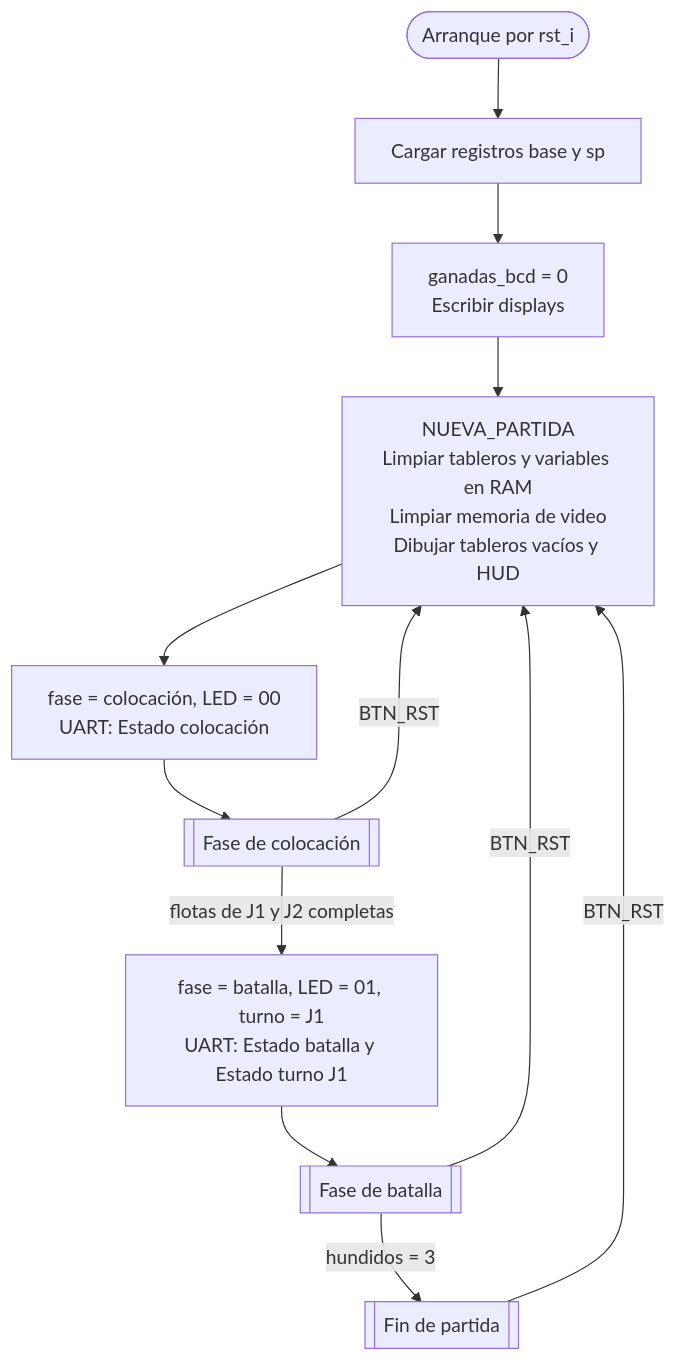
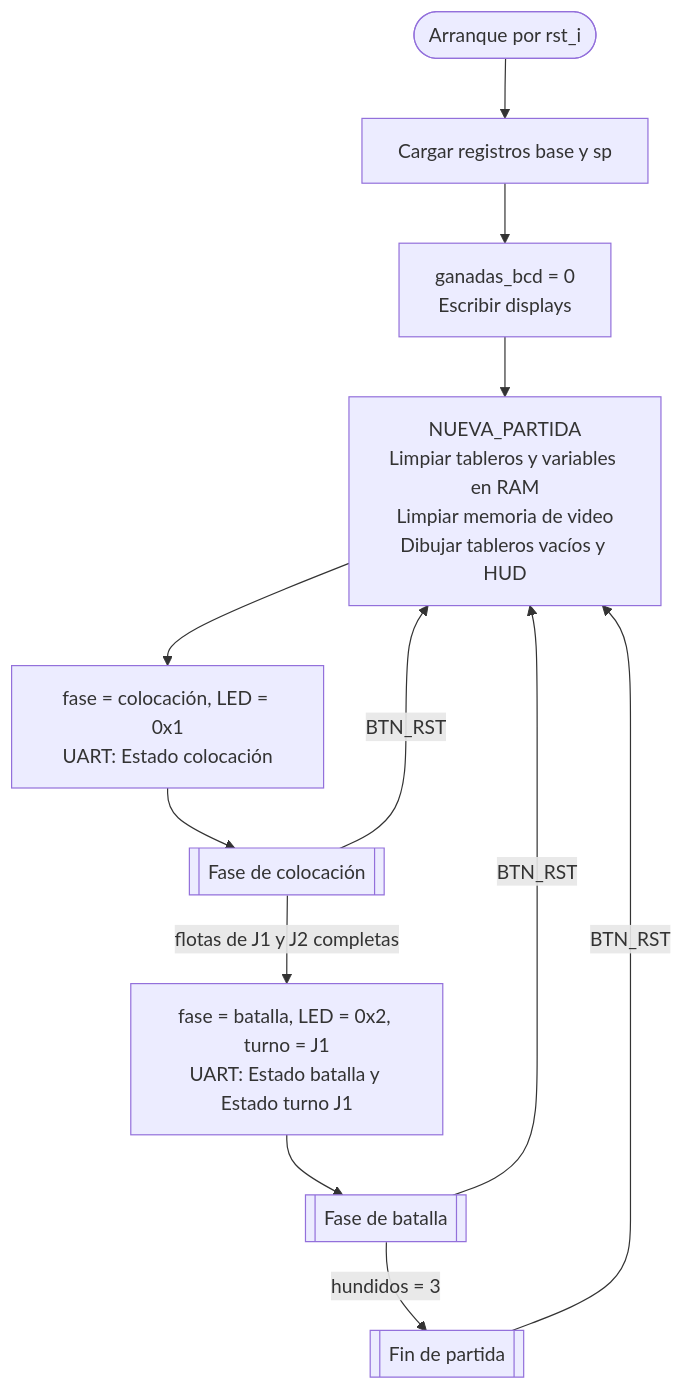
The second of 5 diagrams in docs/diseño/diagramas/nivel03.md (Taller-de-diseno-digital-GR01/Proyecto-3-Batalla-Naval), drawn with Mermaid before and after one commit. The commit also changed other lines of this file, not shown here.

Commit message:
nivel03.md: los códigos del LED no eran one-hot como espera PERIFERICO_LED

````diff
--- a/docs/diseño/diagramas/nivel03.md
+++ b/docs/diseño/diagramas/nivel03.md
@@ -334,14 +334,14 @@
 ```mermaid
 flowchart TD
     ARR(["Arranque por rst_i"]) --> BASE["Cargar registros base y sp"]
     BASE --> GAN["ganadas_bcd = 0<br/>Escribir displays"]
     GAN --> NP["NUEVA_PARTIDA<br/>Limpiar tableros y variables en RAM<br/>Limpiar memoria de video<br/>Dibujar tableros vacíos y HUD"]
-    NP --> INI["fase = colocación, LED = 00<br/>UART: Estado colocación"]
+    NP --> INI["fase = colocación, LED = 0x1<br/>UART: Estado colocación"]
     INI --> COL[["Fase de colocación"]]
-    COL -->|"flotas de J1 y J2 completas"| BAT0["fase = batalla, LED = 01, turno = J1<br/>UART: Estado batalla y Estado turno J1"]
+    COL -->|"flotas de J1 y J2 completas"| BAT0["fase = batalla, LED = 0x2, turno = J1<br/>UART: Estado batalla y Estado turno J1"]
     BAT0 --> BAT[["Fase de batalla"]]
     BAT -->|"hundidos = 3"| FIN[["Fin de partida"]]
     COL -->|"BTN_RST"| NP
     BAT -->|"BTN_RST"| NP
     FIN -->|"BTN_RST"| NP
 ```
````
